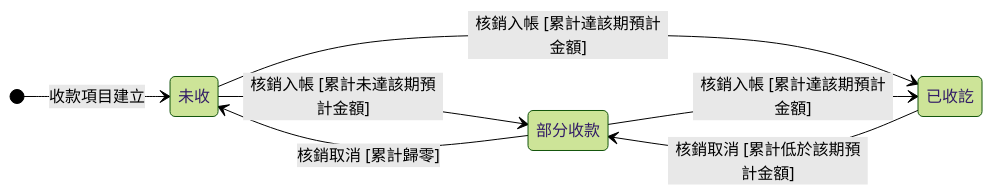
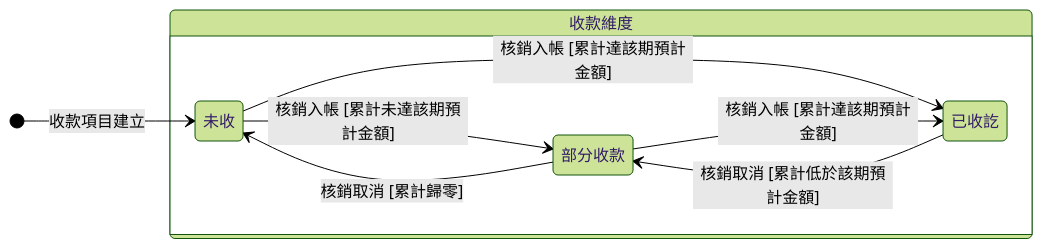
The second of 2 diagrams in memory/Sens_wiki/wiki/erp/06-state-machines/收款項目狀態.md (Kawato-Miles/erp-spec), drawn with Mermaid (forest theme) before and after one commit. The commit also changed other lines of this file and 80 other files, not shown here.

````diff
--- a/memory/Sens_wiki/wiki/erp/06-state-machines/收款項目狀態.md
+++ b/memory/Sens_wiki/wiki/erp/06-state-machines/收款項目狀態.md
@@ -70,16 +73,19 @@
 ```mermaid
 stateDiagram-v2
     direction LR
 
     [*] --> p_none : 收款項目建立
 
-    state "未收" as p_none
-    state "部分收款" as p_partial
-    state "已收訖" as p_paid
+    state "收款維度" as g_receipt {
+        direction LR
+        state "未收" as p_none
+        state "部分收款" as p_partial
+        state "已收訖" as p_paid
 
-    p_none --> p_partial : 核銷入帳 [累計未達該期預計金額]
-    p_none --> p_paid : 核銷入帳 [累計達該期預計金額]
-    p_partial --> p_paid : 核銷入帳 [累計達該期預計金額]
-    p_partial --> p_none : 核銷取消 [累計歸零]
-    p_paid --> p_partial : 核銷取消 [累計低於該期預計金額]
+        p_none --> p_partial : 核銷入帳 [累計未達該期預計金額]
+        p_none --> p_paid : 核銷入帳 [累計達該期預計金額]
+        p_partial --> p_paid : 核銷入帳 [累計達該期預計金額]
+        p_partial --> p_none : 核銷取消 [累計歸零]
+        p_paid --> p_partial : 核銷取消 [累計低於該期預計金額]
+    }
 ```
````
